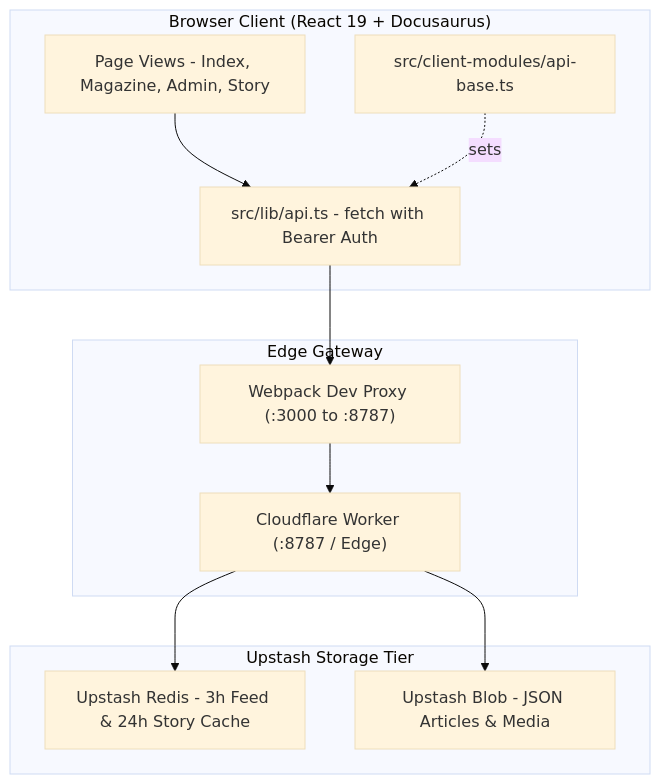
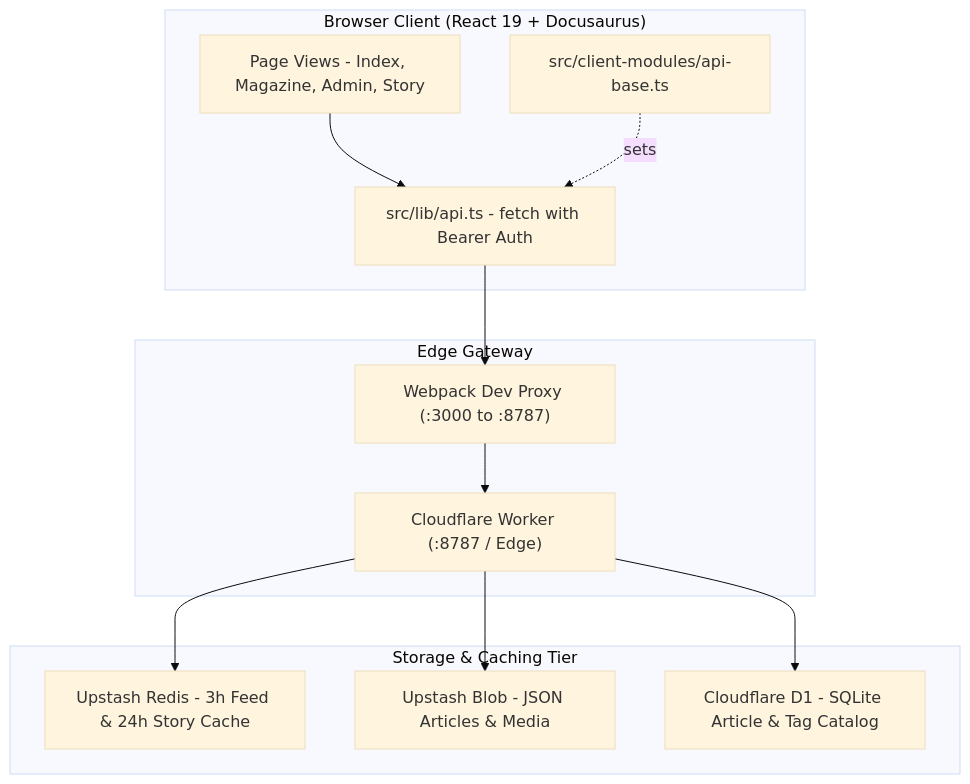
The diagram in docs/architecture.mdx (AmritSDutta/kalidass), drawn with Mermaid (base theme) before and after one commit. The commit also changed other lines of this file and 19 other files, not shown here.

````diff
--- a/docs/architecture.mdx
+++ b/docs/architecture.mdx
@@ -12,22 +12,24 @@
 ```mermaid
 flowchart TD
   subgraph Client["Browser Client (React 19 + Docusaurus)"]
     Pages["Page Views - Index, Magazine, Admin, Story"]
     LibAPI["src/lib/api.ts - fetch with Bearer Auth"]
     ClientMod["src/client-modules/api-base.ts"]
   end
   subgraph Gateway["Edge Gateway"]
     Proxy["Webpack Dev Proxy (:3000 to :8787)"]
     Worker["Cloudflare Worker (:8787 / Edge)"]
   end
-  subgraph Storage["Upstash Storage Tier"]
+  subgraph Storage["Storage & Caching Tier"]
     UpstashRedis["Upstash Redis - 3h Feed & 24h Story Cache"]
     UpstashBlob["Upstash Blob - JSON Articles & Media"]
+    D1["Cloudflare D1 - SQLite Article & Tag Catalog"]
   end
   Pages --> LibAPI
   ClientMod -. sets .-> LibAPI
   LibAPI --> Proxy
   Proxy --> Worker
   Worker --> UpstashRedis
   Worker --> UpstashBlob
+  Worker --> D1
 ```
````
